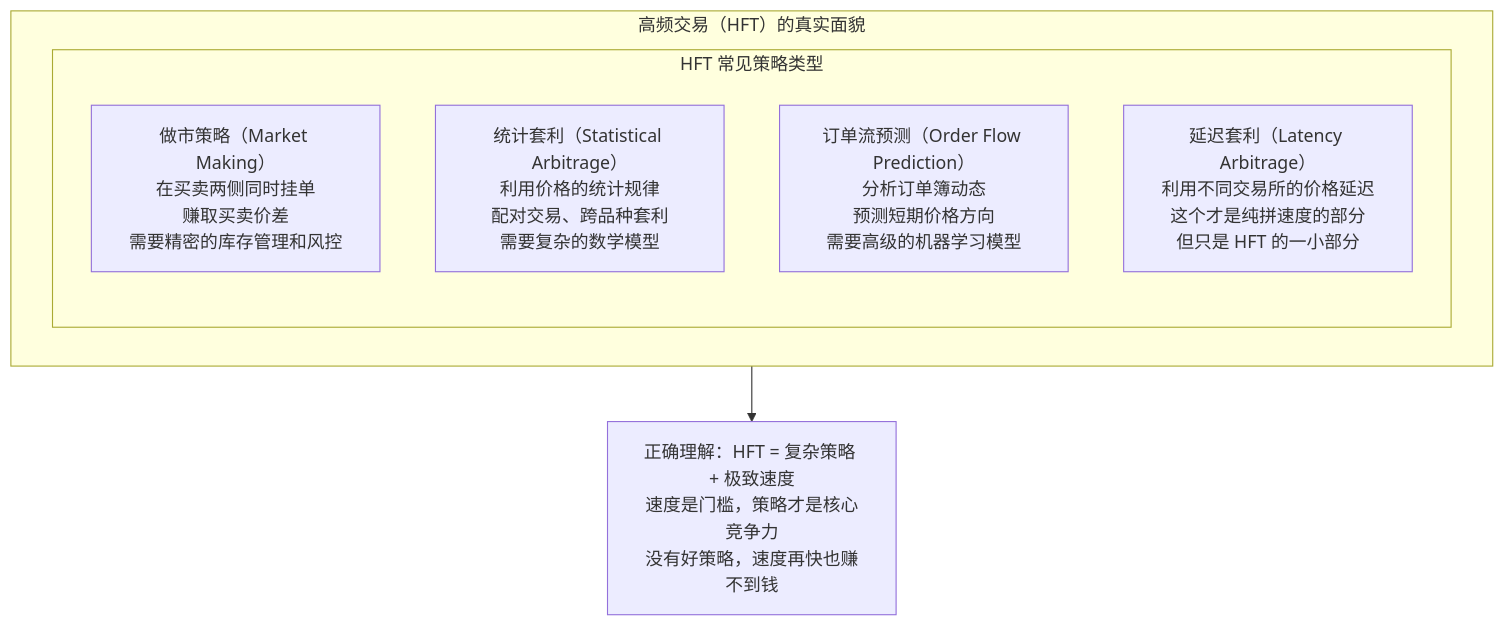
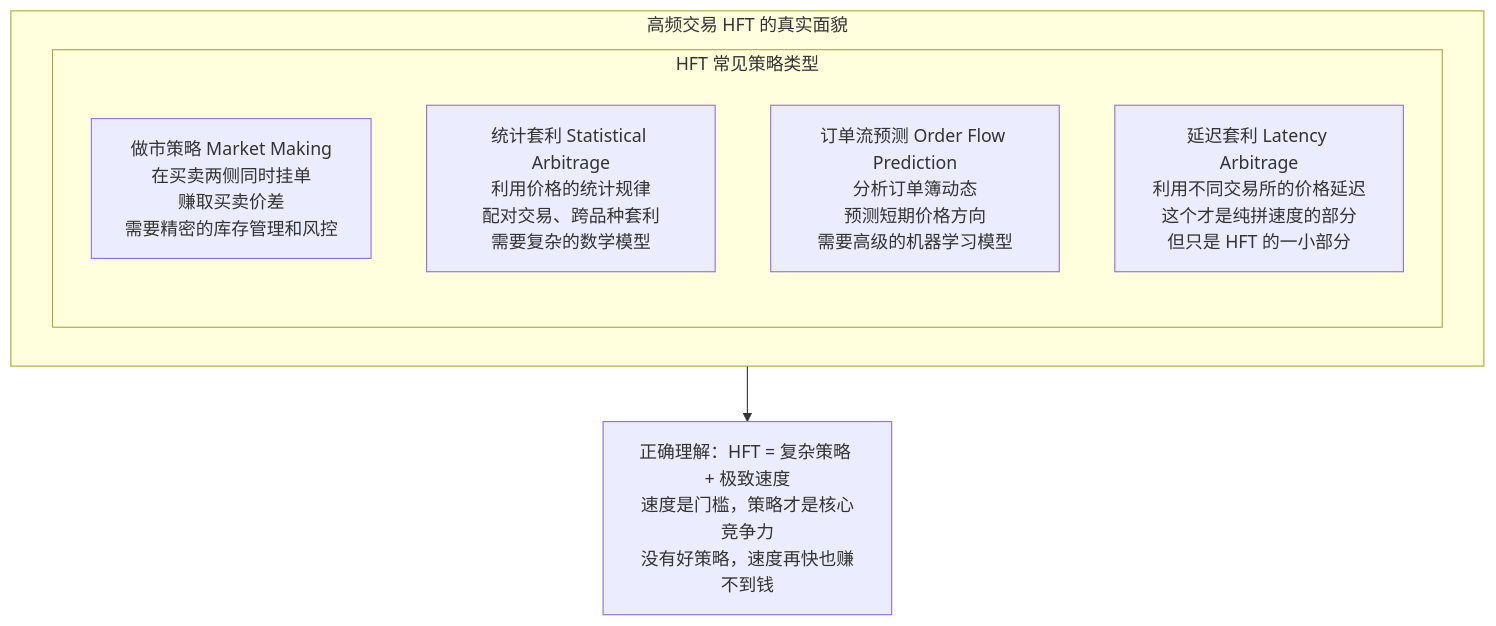
The first of 3 diagrams in content/articles/quant/quant-18-个人自动化量化交易入门.md (jpixy/jpixy.github.io), drawn with Mermaid before and after one commit. The commit also changed other lines of this file and 66 other files, not shown here.

Commit message:
fix: resolve Mermaid syntax errors by removing parentheses in node labels

````diff
--- a/content/articles/quant/quant-18-个人自动化量化交易入门.md
+++ b/content/articles/quant/quant-18-个人自动化量化交易入门.md
@@ -39,12 +39,12 @@
 ```mermaid
 graph TB
-    subgraph HFT["高频交易（HFT）的真实面貌"]
+    subgraph HFT["高频交易 HFT 的真实面貌"]
         subgraph 策略类型["HFT 常见策略类型"]
-            A["做市策略（Market Making）<br/>在买卖两侧同时挂单<br/>赚取买卖价差<br/>需要精密的库存管理和风控"]
-            B["统计套利（Statistical Arbitrage）<br/>利用价格的统计规律<br/>配对交易、跨品种套利<br/>需要复杂的数学模型"]
-            C["订单流预测（Order Flow Prediction）<br/>分析订单簿动态<br/>预测短期价格方向<br/>需要高级的机器学习模型"]
-            D["延迟套利（Latency Arbitrage）<br/>利用不同交易所的价格延迟<br/>这个才是纯拼速度的部分<br/>但只是 HFT 的一小部分"]
+            A["做市策略 Market Making<br/>在买卖两侧同时挂单<br/>赚取买卖价差<br/>需要精密的库存管理和风控"]
+            B["统计套利 Statistical Arbitrage<br/>利用价格的统计规律<br/>配对交易、跨品种套利<br/>需要复杂的数学模型"]
+            C["订单流预测 Order Flow Prediction<br/>分析订单簿动态<br/>预测短期价格方向<br/>需要高级的机器学习模型"]
+            D["延迟套利 Latency Arbitrage<br/>利用不同交易所的价格延迟<br/>这个才是纯拼速度的部分<br/>但只是 HFT 的一小部分"]
         end
     end
     HFT --> 结论["正确理解：HFT = 复杂策略 + 极致速度<br/>速度是门槛，策略才是核心竞争力<br/>没有好策略，速度再快也赚不到钱"]
 ```
````
